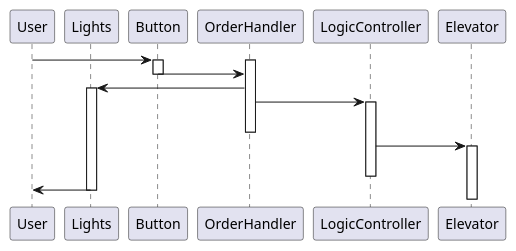
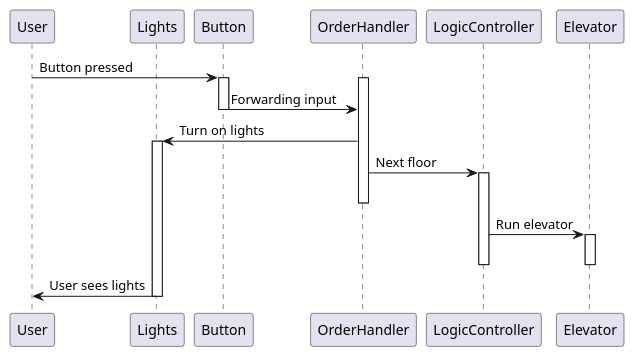
Before and after one commit to oskarNtnu/TTK4235_Heislabb: the diagram in Forbredelser/UML/sekvensdiagram.puml, drawn with PlantUML. The commit also changed 2 other files, not shown here.

Commit message:
uml diagram updadet

```diff
--- a/Forbredelser/UML/sekvensdiagram.puml
+++ b/Forbredelser/UML/sekvensdiagram.puml
@@ -1,31 +1,32 @@
 @startuml
 
 
 Participant User
 
 Participant Lights
 
-User -> Button
+User -> Button : Button pressed
 activate Button
 
 
 activate OrderHandler
-Button -> OrderHandler
+Button -> OrderHandler : Forwarding input
 deactivate Button
 
-Lights <- OrderHandler
+Lights <- OrderHandler : Turn on lights
 activate Lights
 
 
-OrderHandler -> LogicController
+OrderHandler -> LogicController : Next floor
 activate LogicController
 deactivate OrderHandler
 
-LogicController -> Elevator
+LogicController -> Elevator : Run elevator
 activate Elevator
 deactivate LogicController
+deactivate Elevator
 
-User <- Lights  
+User <- Lights : User sees lights
 deactivate Lights
 
 @enduml
```
